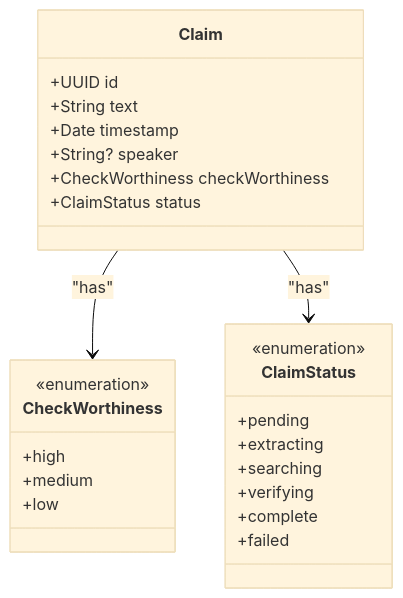
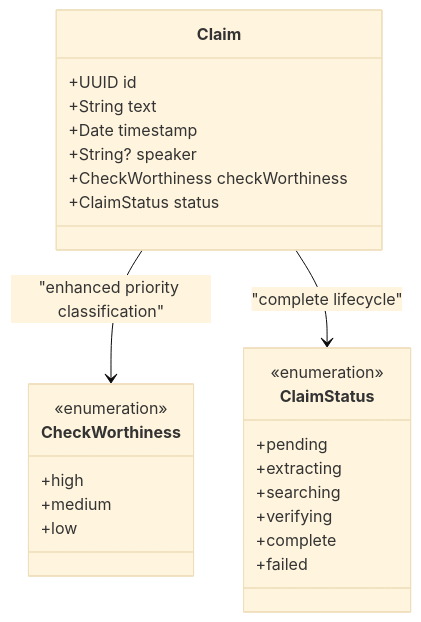
Before and after one commit to alexandreybasta-cyber/factshield-ios: the fourth of 12 diagrams in .qoder/repowiki/en/content/Core Services/Claim Extraction.md, drawn with Mermaid (base theme). The commit also changed other lines of this file and 97 other files, not shown here.

````diff
--- a/.qoder/repowiki/en/content/Core Services/Claim Extraction.md
+++ b/.qoder/repowiki/en/content/Core Services/Claim Extraction.md
@@ -177,28 +204,28 @@
 ```mermaid
 classDiagram
 class Claim {
 +UUID id
 +String text
 +Date timestamp
 +String? speaker
 +CheckWorthiness checkWorthiness
 +ClaimStatus status
 }
 class CheckWorthiness {
 <<enumeration>>
 +high
 +medium
 +low
 }
 class ClaimStatus {
 <<enumeration>>
 +pending
 +extracting
 +searching
 +verifying
 +complete
 +failed
 }
-Claim --> CheckWorthiness : "has"
-Claim --> ClaimStatus : "has"
+Claim --> CheckWorthiness : "enhanced priority classification"
+Claim --> ClaimStatus : "complete lifecycle"
 ```
````
